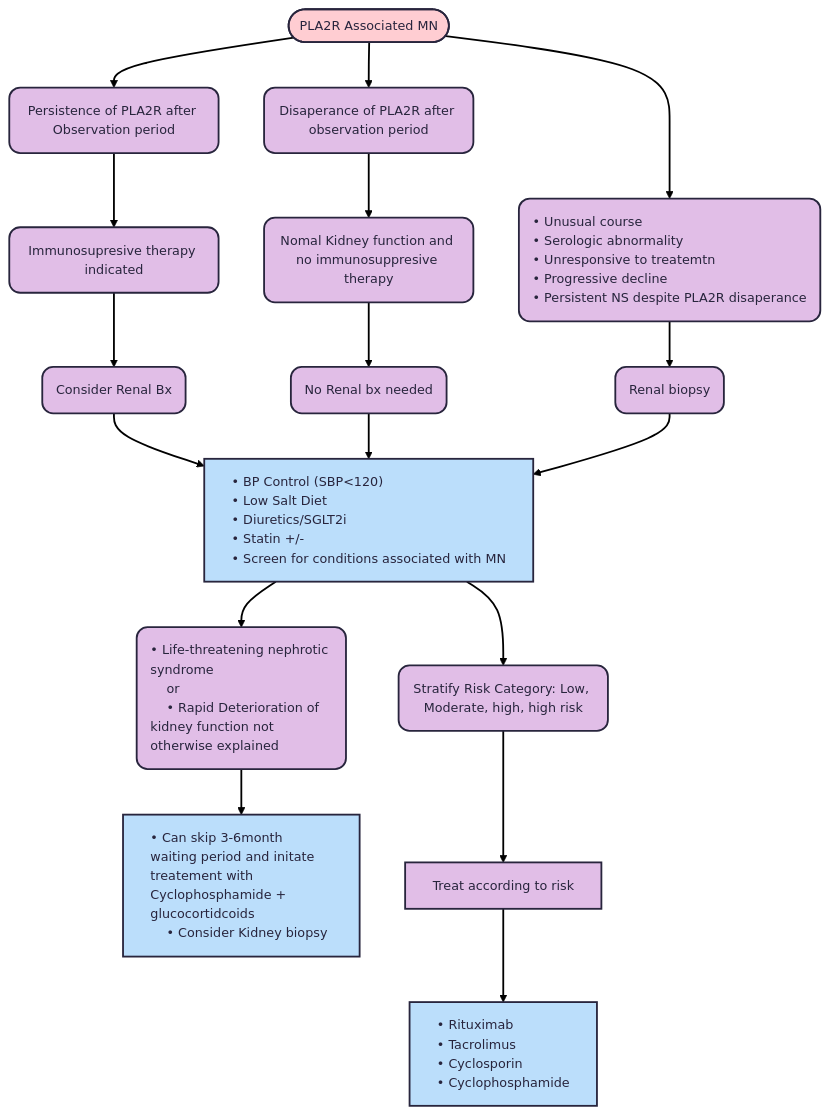
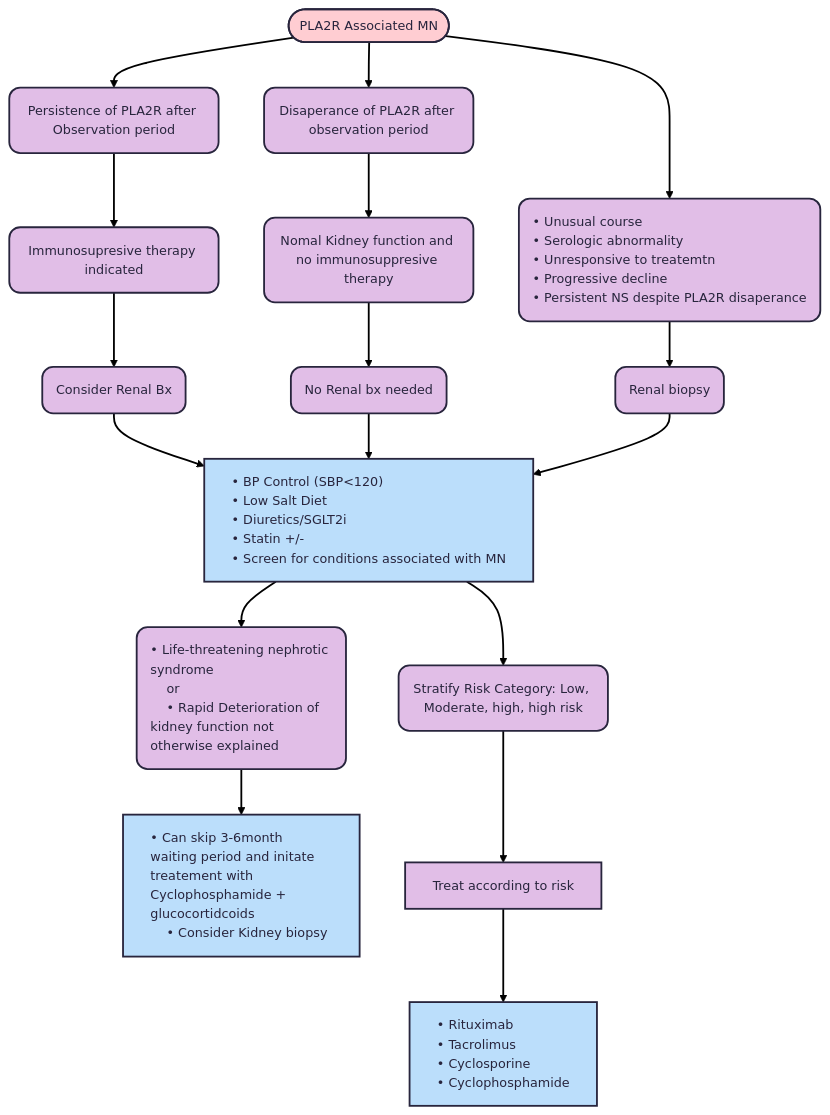
One commit to TTUNEPH2025/GN changed the second of 5 diagrams in docs/Membranous.md. Above: the diagram before and after it, drawn with Mermaid. The commit also changed other lines of this file, not shown here.

````diff
--- a/docs/Membranous.md
+++ b/docs/Membranous.md
@@ -160,56 +160,56 @@
 ```mermaid
 ---
 config:
   theme: redux
 ---
 flowchart TB
     n11["• Life-threatening nephrotic syndrome
     or
     • Rapid Deterioration of kidney function not otherwise explained"] --> n12["• Can skip 3-6month waiting period and initate treatement with Cyclophosphamide + glucocortidcoids 
     • Consider Kidney biopsy"]
     n13["Nomal Kidney function and no immunosuppresive therapy"] --> n15["No Renal bx needed"]
     n14["Immunosupresive therapy indicated"] --> n16["Consider Renal Bx"]
     n16 --> n17@{ label: "<span style=\"background-color:\"• RAS Blockade (ACEi/ARB) <br/>• BP Control (SBP&lt;120) <br/>• Low Salt Diet <br/>• Diuretics/SGLT2i <br/>• Statin +/-<br/>• Screen for conditions associated with MN" }
     n15 --> n17
     n17 --> n10["Stratify Risk Category: Low, Moderate, high, high risk"] & n11
     n18["• Unusual course
     • Serologic abnormality
     • Unresponsive to treatemtn
     • Progressive decline
     • Persistent NS despite PLA2R disaperance"] --> n19["Renal biopsy"]
     n19 --> n17
     n20["Disaperance of PLA2R after observation period"] --> n13
     n21["Persistence of PLA2R after Observation period"] --> n14
     n22(["PLA2R Associated MN"]) --> n21 & n20 & n18
     n10 --> n23["Treat according to risk"]
-    n23 --> n24["• Rituximab<br>• Tacrolimus<br>• Cyclosporin<br>• Cyclophosphamide"]
+    n23 --> n24["• Rituximab<br>• Tacrolimus<br>• Cyclosporine<br>• Cyclophosphamide"]
 
     n11@{ shape: rounded}
     n13@{ shape: rounded}
     n15@{ shape: rounded}
     n14@{ shape: rounded}
     n16@{ shape: rounded}
     n17@{ shape: rect}
     n10@{ shape: rounded}
     n18@{ shape: rounded}
     n19@{ shape: rounded}
     n20@{ shape: rounded}
     n21@{ shape: rounded}
     n23@{ shape: rect}
     n24@{ shape: rect}
     style n11 fill:#E1BEE7,text-align:left
     style n12 fill:#BBDEFB,text-align:left
     style n13 fill:#E1BEE7
     style n15 fill:#E1BEE7
     style n14 fill:#E1BEE7
     style n16 fill:#E1BEE7
     style n17 fill:#BBDEFB,text-align:left,white-space:nowrap
     style n10 fill:#E1BEE7
     style n18 fill:#E1BEE7,text-align:left,white-space:nowrap
     style n19 fill:#E1BEE7
     style n20 fill:#E1BEE7
     style n21 fill:#E1BEE7
     style n22 fill:#FFCDD2
     style n23 fill:#E1BEE7
     style n24 fill:#BBDEFB,text-align:left,white-space:nowrap
 ```
````
